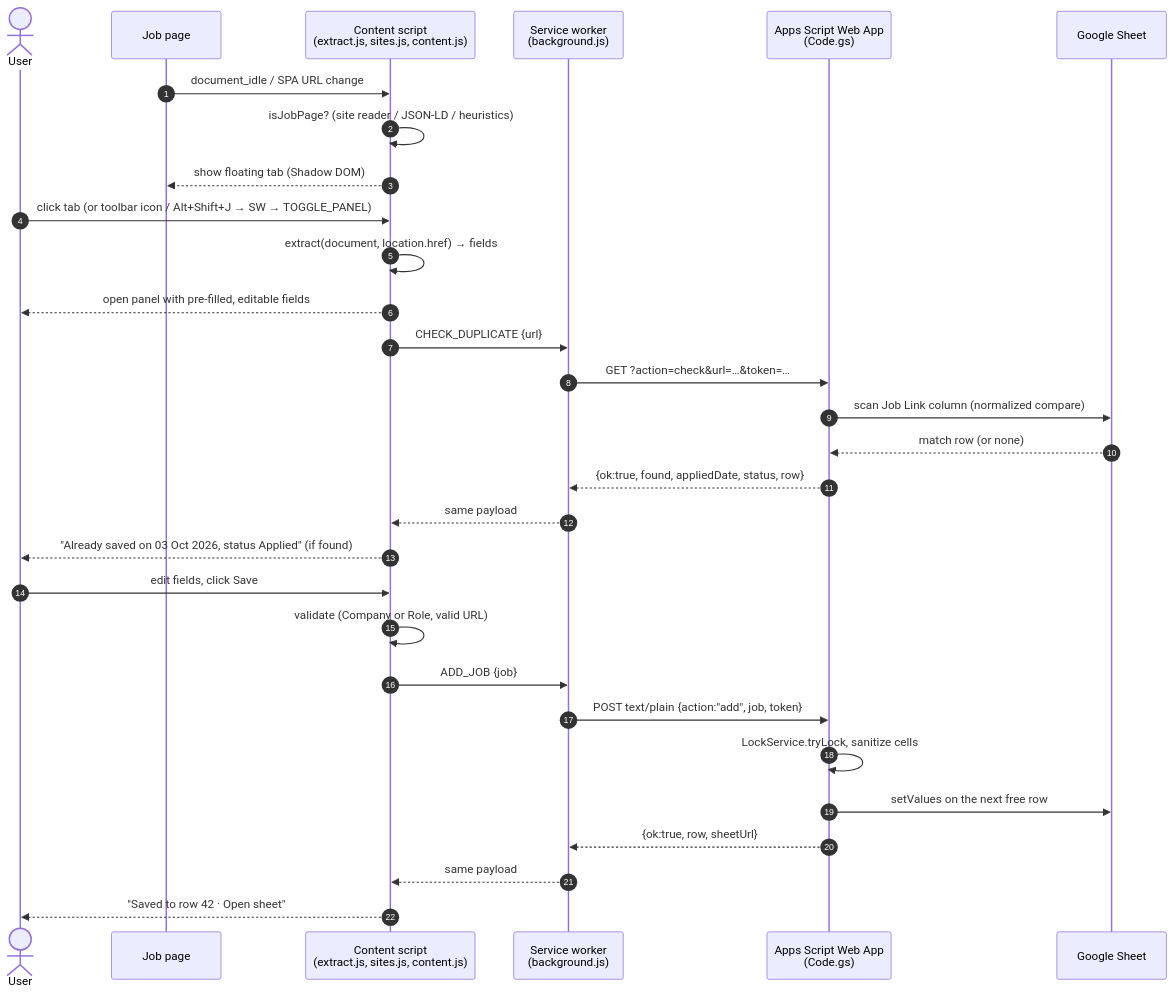
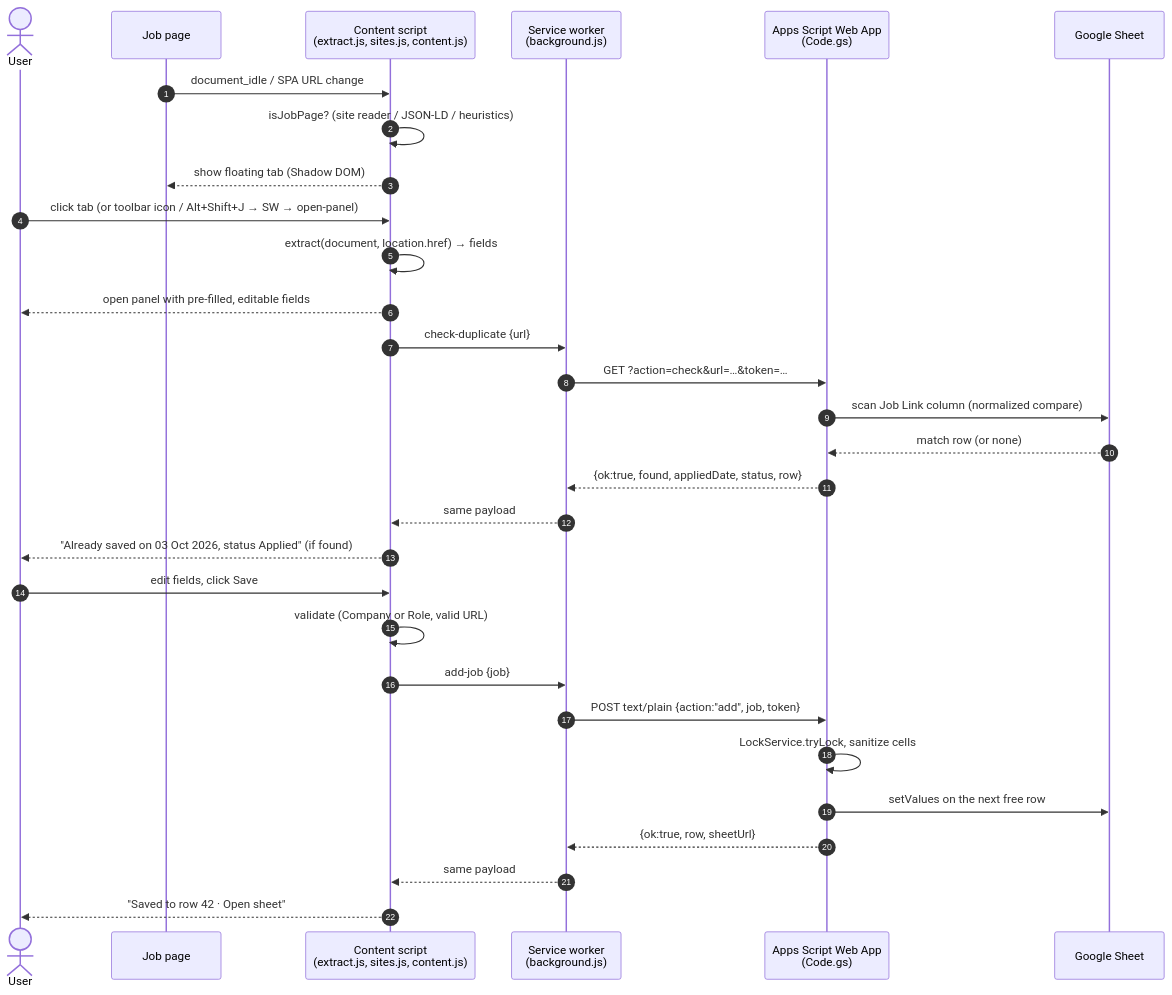
One commit to piyushd12/job-application-tracker changed the diagram in docs/ARCHITECTURE.md. Above: the diagram before and after it, drawn with Mermaid. The commit also changed other lines of this file and 2 other files, not shown here.

````diff
--- a/docs/ARCHITECTURE.md
+++ b/docs/ARCHITECTURE.md
@@ -54,33 +54,33 @@
 ```mermaid
 sequenceDiagram
     autonumber
     actor U as User
     participant P as Job page
     participant CS as Content script<br/>(extract.js, sites.js, content.js)
     participant SW as Service worker<br/>(background.js)
     participant AS as Apps Script Web App<br/>(Code.gs)
     participant S as Google Sheet
 
     P->>CS: document_idle / SPA URL change
     CS->>CS: isJobPage? (site reader / JSON-LD / heuristics)
     CS-->>P: show floating tab (Shadow DOM)
-    U->>CS: click tab (or toolbar icon / Alt+Shift+J → SW → TOGGLE_PANEL)
+    U->>CS: click tab (or toolbar icon / Alt+Shift+J → SW → open-panel)
     CS->>CS: extract(document, location.href) → fields
     CS-->>U: open panel with pre-filled, editable fields
-    CS->>SW: CHECK_DUPLICATE {url}
+    CS->>SW: check-duplicate {url}
     SW->>AS: GET ?action=check&url=…&token=…
     AS->>S: scan Job Link column (normalized compare)
     S-->>AS: match row (or none)
     AS-->>SW: {ok:true, found, appliedDate, status, row}
     SW-->>CS: same payload
     CS-->>U: "Already saved on 03 Oct 2026, status Applied" (if found)
     U->>CS: edit fields, click Save
     CS->>CS: validate (Company or Role, valid URL)
-    CS->>SW: ADD_JOB {job}
+    CS->>SW: add-job {job}
     SW->>AS: POST text/plain {action:"add", job, token}
     AS->>AS: LockService.tryLock, sanitize cells
     AS->>S: setValues on the next free row
     AS-->>SW: {ok:true, row, sheetUrl}
     SW-->>CS: same payload
     CS-->>U: "Saved to row 42 · Open sheet"
 ```
````
